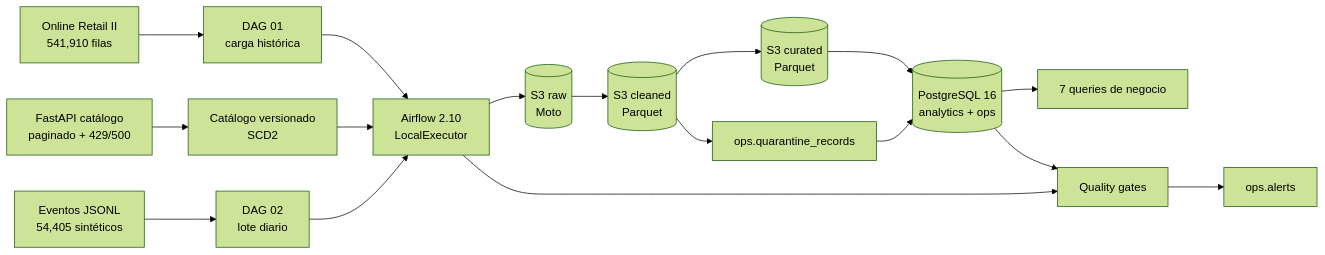
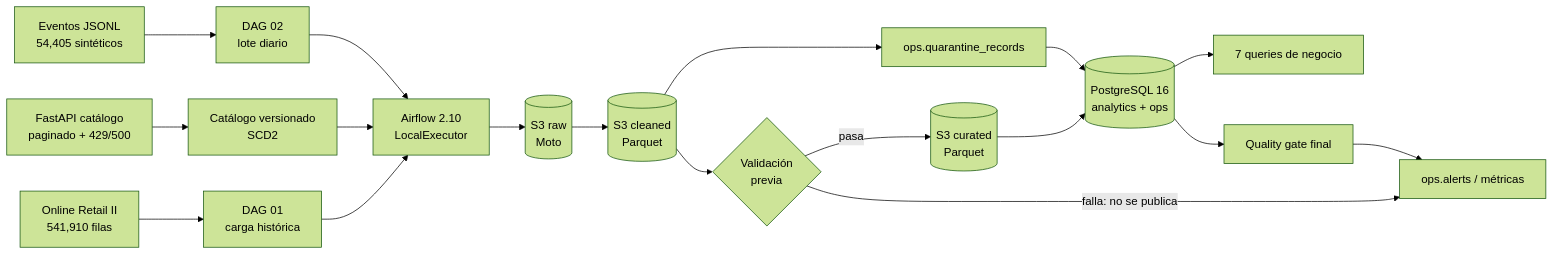
The first of 2 diagrams in README.md (AngelusML/Mercado-Nube), drawn with Mermaid (forest theme) before and after one commit. The commit also changed other lines of this file and 4 other files, not shown here.

Commit message:
docs: decisiones tecnicas, diagrama de credenciales, README y script de evidencia

````diff
--- a/README.md
+++ b/README.md
@@ -62,22 +65,23 @@
 ```mermaid
 flowchart LR
     CSV["Online Retail II<br/>541,910 filas"] --> HIST["DAG 01<br/>carga histórica"]
     API["FastAPI catálogo<br/>paginado + 429/500"] --> CAT["Catálogo versionado<br/>SCD2"]
     EVT["Eventos JSONL<br/>54,405 sintéticos"] --> DAILY["DAG 02<br/>lote diario"]
 
     HIST --> AIRFLOW["Airflow 2.10<br/>LocalExecutor"]
     CAT --> AIRFLOW
     DAILY --> AIRFLOW
 
     AIRFLOW --> RAW[("S3 raw<br/>Moto")]
     RAW --> CLEAN[("S3 cleaned<br/>Parquet")]
-    CLEAN --> CUR[("S3 curated<br/>Parquet")]
+    CLEAN --> VAL{"Validación<br/>previa"}
+    VAL -->|"pasa"| CUR[("S3 curated<br/>Parquet")]
+    VAL -->|"falla: no se publica"| ALERT
     CLEAN --> QUAR["ops.quarantine_records"]
     CUR --> PG[("PostgreSQL 16<br/>analytics + ops")]
     QUAR --> PG
 
     PG --> Q["7 queries de negocio"]
-    PG --> QG["Quality gates"]
-    QG --> ALERT["ops.alerts"]
-    AIRFLOW --> QG
+    PG --> QG["Quality gate final"]
+    QG --> ALERT["ops.alerts / métricas"]
 ```
````
